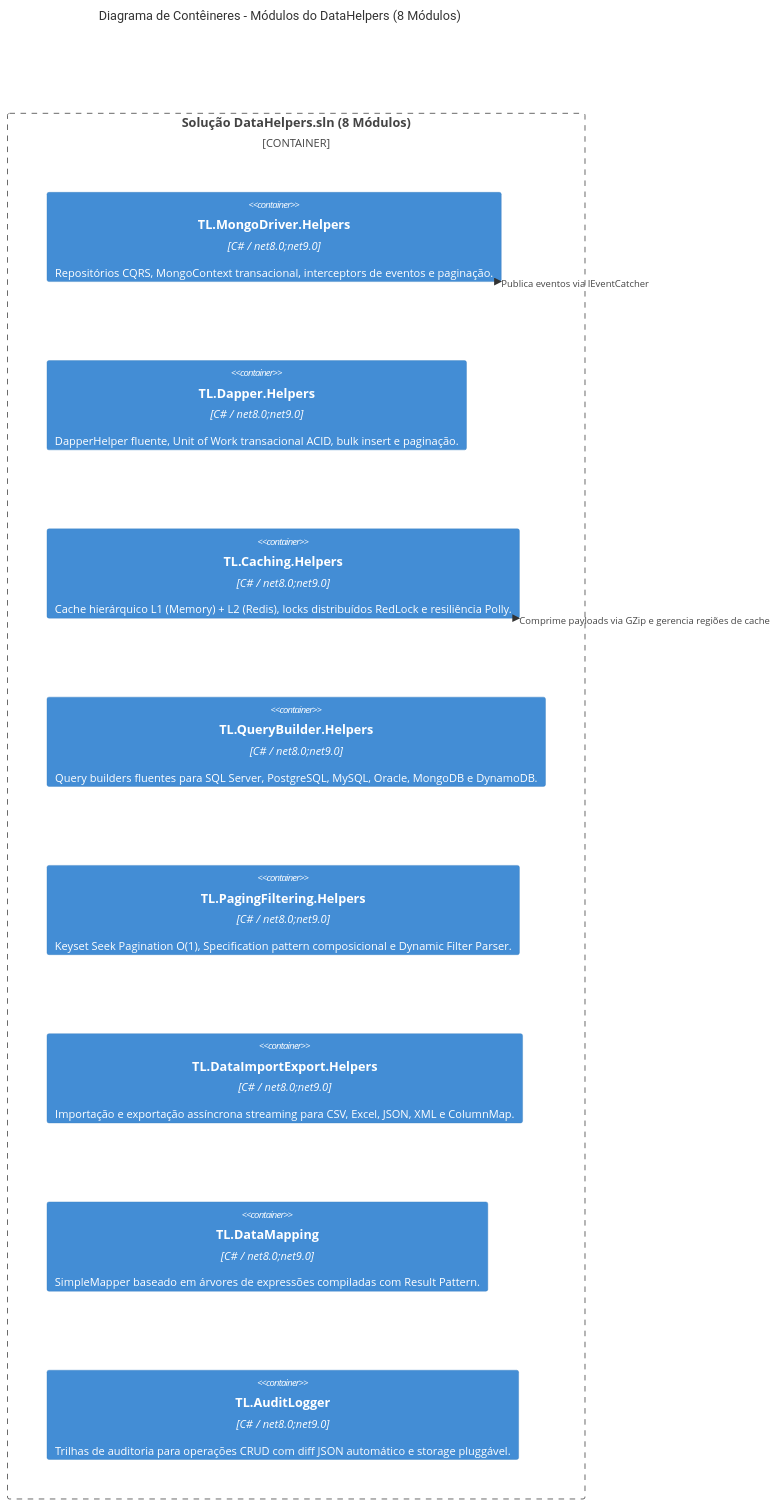
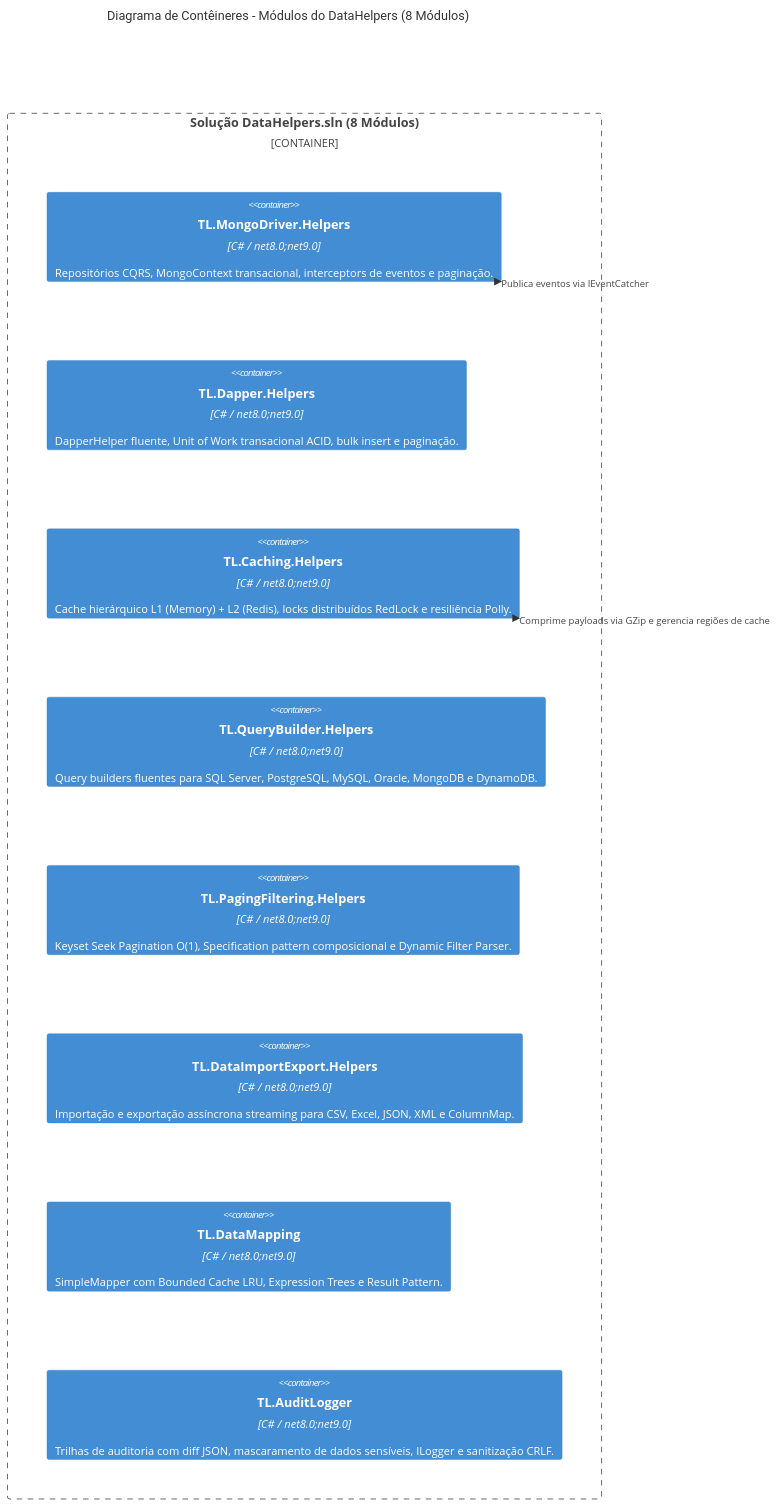
Before and after one commit to thaylonlopes/DataHelpers: the third of 3 diagrams in docs/arquitetura/visao-geral.md, drawn with Mermaid. The commit also changed other lines of this file and 1 other file, not shown here.

Commit message:
chore(release): atualizar versao para 0.2.0 e configuracoes de pacote

````diff
--- a/docs/arquitetura/visao-geral.md
+++ b/docs/arquitetura/visao-geral.md
@@ -78,18 +78,18 @@
 ```mermaid
 C4Container
     title Diagrama de Contêineres - Módulos do DataHelpers (8 Módulos)
 
     Container_Boundary(c1, "Solução DataHelpers.sln (8 Módulos)") {
         Container(mongo_helper, "TL.MongoDriver.Helpers", "C# / net8.0;net9.0", "Repositórios CQRS, MongoContext transacional, interceptors de eventos e paginação.")
         Container(dapper_helper, "TL.Dapper.Helpers", "C# / net8.0;net9.0", "DapperHelper fluente, Unit of Work transacional ACID, bulk insert e paginação.")
         Container(caching_helper, "TL.Caching.Helpers", "C# / net8.0;net9.0", "Cache hierárquico L1 (Memory) + L2 (Redis), locks distribuídos RedLock e resiliência Polly.")
         Container(query_builder, "TL.QueryBuilder.Helpers", "C# / net8.0;net9.0", "Query builders fluentes para SQL Server, PostgreSQL, MySQL, Oracle, MongoDB e DynamoDB.")
         Container(paging_helper, "TL.PagingFiltering.Helpers", "C# / net8.0;net9.0", "Keyset Seek Pagination O(1), Specification pattern composicional e Dynamic Filter Parser.")
         Container(io_helper, "TL.DataImportExport.Helpers", "C# / net8.0;net9.0", "Importação e exportação assíncrona streaming para CSV, Excel, JSON, XML e ColumnMap.")
-        Container(map_helper, "TL.DataMapping", "C# / net8.0;net9.0", "SimpleMapper baseado em árvores de expressões compiladas com Result Pattern.")
-        Container(audit_logger, "TL.AuditLogger", "C# / net8.0;net9.0", "Trilhas de auditoria para operações CRUD com diff JSON automático e storage pluggável.")
+        Container(map_helper, "TL.DataMapping", "C# / net8.0;net9.0", "SimpleMapper com Bounded Cache LRU, Expression Trees e Result Pattern.")
+        Container(audit_logger, "TL.AuditLogger", "C# / net8.0;net9.0", "Trilhas de auditoria com diff JSON, mascaramento de dados sensíveis, ILogger e sanitização CRLF.")
     }
 
     Rel(mongo_helper, mongo_helper, "Publica eventos via IEventCatcher")
     Rel(caching_helper, caching_helper, "Comprime payloads via GZip e gerencia regiões de cache")
 ```
````
